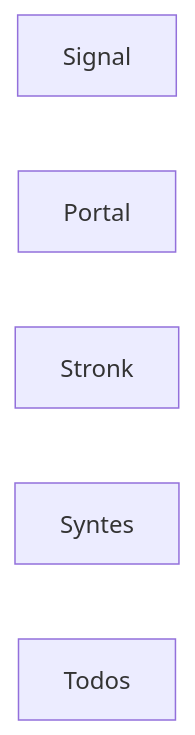
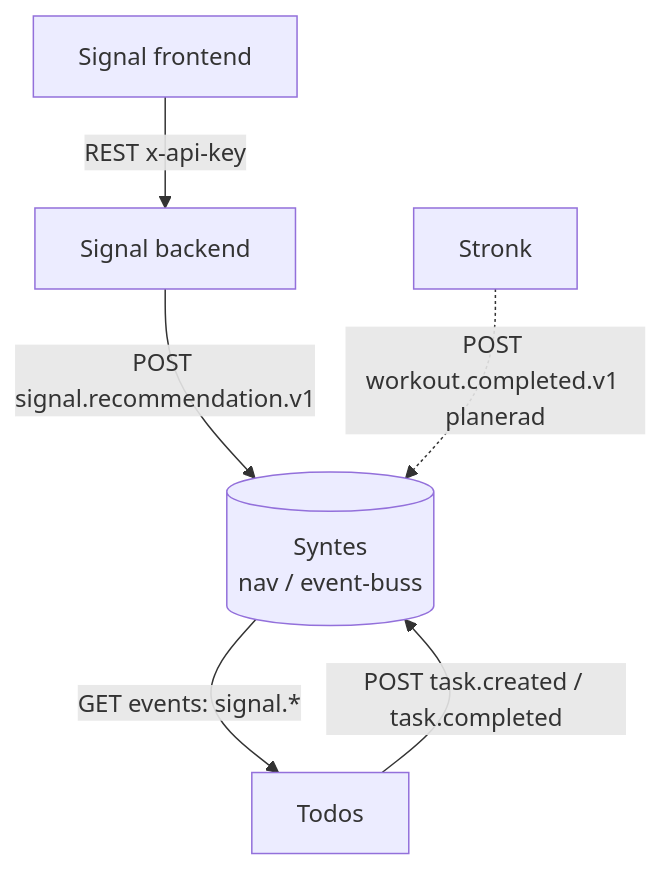
Before and after one commit to pepestal/lokalt-docs: the diagram in docs/architecture.md, drawn with Mermaid. The commit also changed other lines of this file and 2 other files, not shown here.

Commit message:
Fyll i app-beskrivningar, arkitektur och guide för ny dator

````diff
--- a/docs/architecture.md
+++ b/docs/architecture.md
@@ -23,11 +21,20 @@
 ```mermaid
-graph LR
-  signal[Signal]
-  portal[Portal]
+graph TD
+  syntes[(Syntes<br/>nav / event-buss)]
+
+  signalb[Signal backend]
+  signalf[Signal frontend]
+  todos[Todos]
   stronk[Stronk]
-  syntes[Syntes]
-  todos[Todos]
 
-  %% Fyll i de faktiska pilarna, t.ex.:
-  %% portal -->|REST| syntes
+  %% Producenter → publicerar events till navet
+  signalb -->|POST signal.recommendation.v1| syntes
+  todos -->|POST task.created / task.completed| syntes
+  stronk -.->|POST workout.completed.v1 planerad| syntes
+
+  %% Konsumenter → pollar events/snapshot från navet
+  syntes -->|GET events: signal.*| todos
+
+  %% Intern app-kommunikation som INTE går via navet
+  signalf -->|REST x-api-key| signalb
 ```
````
